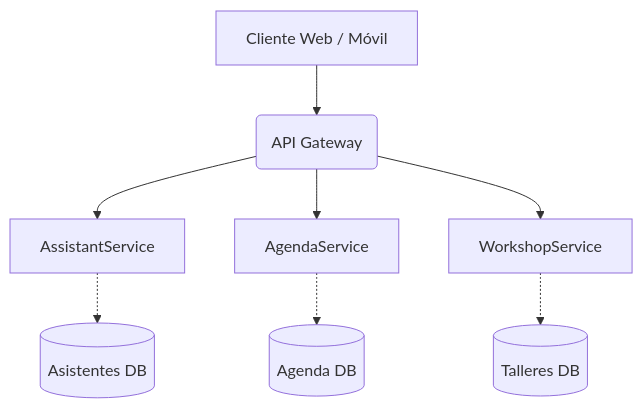
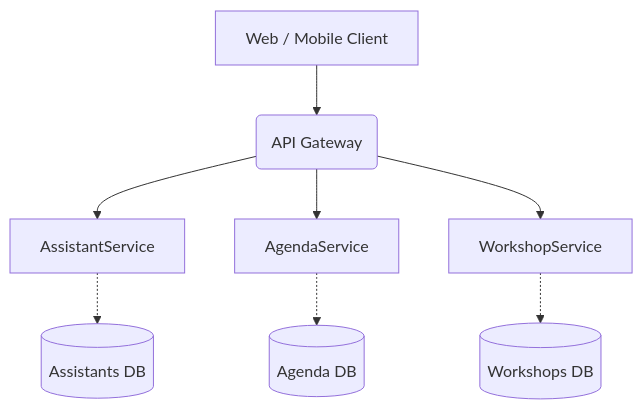
The diagram in 8.0_ejercicio_final_eciciencia/arquitectura.md (Banettchi/Lab03ARSW), drawn with Mermaid before and after one commit. The commit also changed other lines of this file and 13 other files, not shown here.

````diff
--- a/8.0_ejercicio_final_eciciencia/arquitectura.md
+++ b/8.0_ejercicio_final_eciciencia/arquitectura.md
@@ -7,11 +7,11 @@
 ```mermaid
 graph TD
-    Client[Cliente Web / Móvil] --> Gateway(API Gateway)
+    Client[Web / Mobile Client] --> Gateway(API Gateway)
     Gateway --> AssistantSvc[AssistantService]
     Gateway --> AgendaSvc[AgendaService]
     Gateway --> WorkshopSvc[WorkshopService]
 
-    AssistantSvc -.-> DB_A[(Asistentes DB)]
+    AssistantSvc -.-> DB_A[(Assistants DB)]
     AgendaSvc -.-> DB_AG[(Agenda DB)]
-    WorkshopSvc -.-> DB_W[(Talleres DB)]
+    WorkshopSvc -.-> DB_W[(Workshops DB)]
 ```
````
